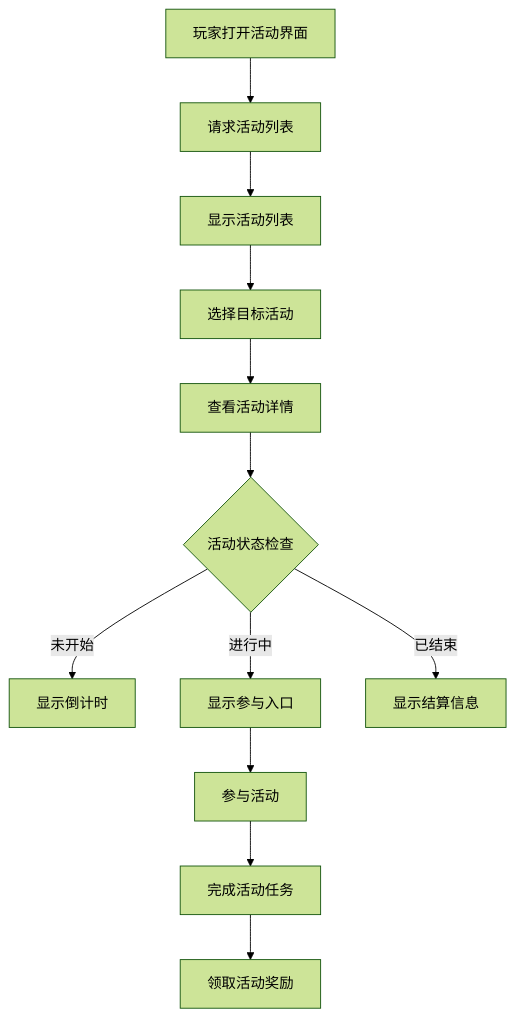
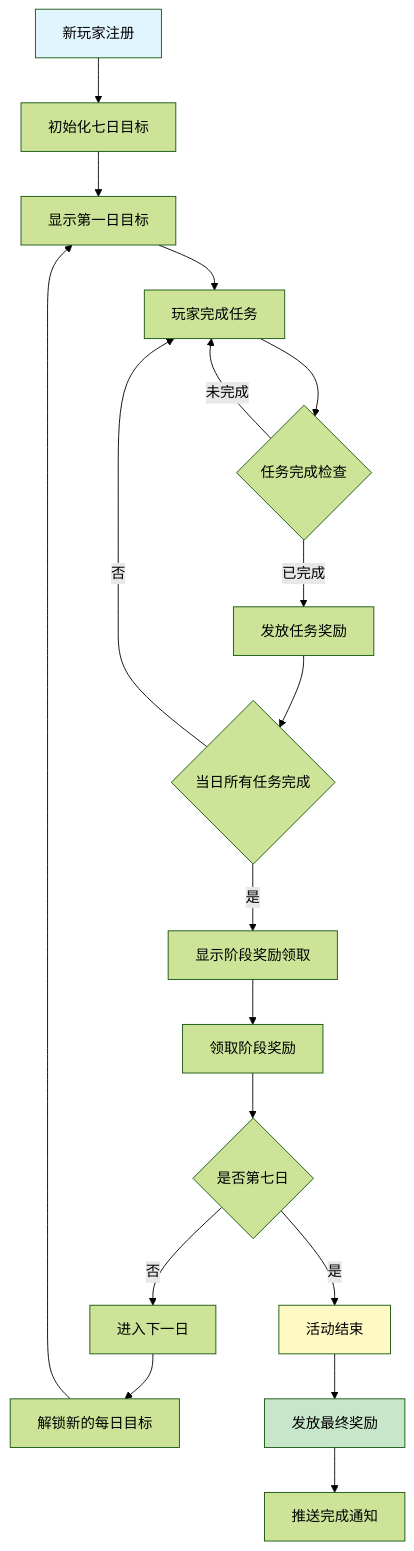
One commit to Alan-Ben/k2c_game_framework changed the sixth of 15 diagrams in docs/Module_Activity/05_完整说明.md. Above: the diagram before and after it, drawn with Mermaid (forest theme). The commit also changed other lines of this file and 75 other files, not shown here.

````diff
--- a/docs/Module_Activity/05_完整说明.md
+++ b/docs/Module_Activity/05_完整说明.md
@@ -76,14 +345,30 @@
 ```mermaid
 flowchart TD
-    A[玩家打开活动界面] --> B[请求活动列表]
-    B --> C[显示活动列表]
-    C --> D[选择目标活动]
-    D --> E[查看活动详情]
-    E --> F{活动状态检查}
-    F -->|未开始| G[显示倒计时]
-    F -->|进行中| H[显示参与入口]
-    F -->|已结束| I[显示结算信息]
-    H --> J[参与活动]
-    J --> K[完成活动任务]
-    K --> L[领取活动奖励]
+    A[新玩家注册] --> B[初始化七日目标]
+    B --> C[显示第一日目标]
+    
+    C --> D[玩家完成任务]
+    D --> E{任务完成检查}
+    
+    E -->|未完成| D
+    E -->|已完成| F[发放任务奖励]
+    
+    F --> G{当日所有任务完成}
+    G -->|否| D
+    G -->|是| H[显示阶段奖励领取]
+    
+    H --> I[领取阶段奖励]
+    I --> J{是否第七日}
+    
+    J -->|否| K[进入下一日]
+    K --> L[解锁新的每日目标]
+    L --> C
+    
+    J -->|是| M[活动结束]
+    M --> N[发放最终奖励]
+    N --> O[推送完成通知]
+    
+    style A fill:#e1f5ff
+    style N fill:#c8e6c9
+    style M fill:#fff9c4
 ```
````
